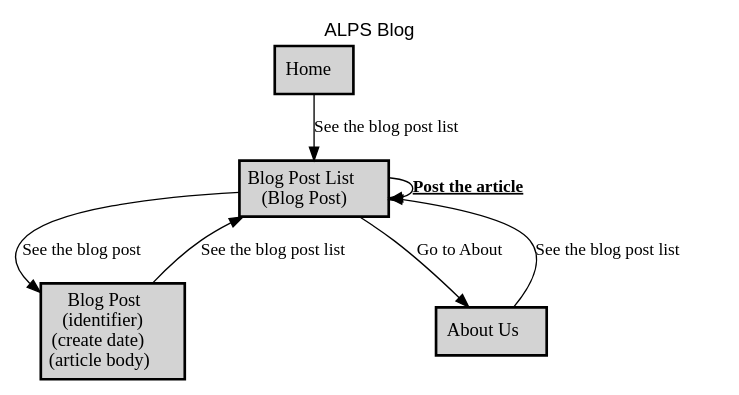
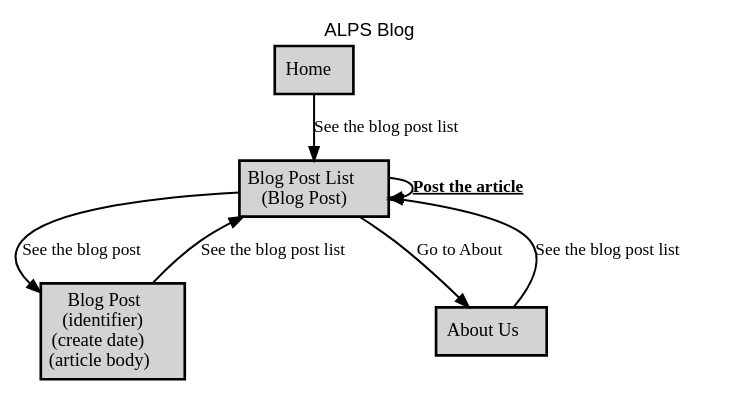
Before and after one commit to alps-asd/app-state-diagram: the diagram in docs-md/blog/profile.title.dot, drawn with Graphviz. The commit also changed 39 other files, not shown here.

```diff
--- a/docs-md/blog/profile.title.dot
+++ b/docs-md/blog/profile.title.dot
@@ -1,23 +1,23 @@
 digraph application_state_diagram {
   graph [
     labelloc="t";
     fontname="Helvetica"
     label="ALPS Blog";
     URL="index.html" target="_parent"
   ];
   node [shape = box, style = "bold,filled" fillcolor="lightgray"];
 
-    Blog [margin=0.02, label=<<table cellspacing="0" cellpadding="5" border="0"><tr><td>Blog Post List<br />(Blog Post)<br /></td></tr></table>>,shape=box URL="docs/semantic.Blog.html" target="_parent"]
-    BlogPosting [margin=0.02, label=<<table cellspacing="0" cellpadding="5" border="0"><tr><td>Blog Post<br />(identifier)<br />(create date)<br />(article body)<br /></td></tr></table>>,shape=box URL="docs/semantic.BlogPosting.html" target="_parent"]
+    Blog [margin=0.02, label=<<table cellspacing="0" cellpadding="5" border="0"><tr><td>Blog Post List<br />(Blog Post)<br /></td></tr></table>>,shape=box URL="#Blog" target="_parent"]
+    BlogPosting [margin=0.02, label=<<table cellspacing="0" cellpadding="5" border="0"><tr><td>Blog Post<br />(identifier)<br />(create date)<br />(article body)<br /></td></tr></table>>,shape=box URL="#BlogPosting" target="_parent"]
 
-    About -> Blog [label = <See the blog post list> URL="docs/safe.goBlog.html" target="_parent" fontsize=13];
-    Blog -> About [label = <Go to About> URL="docs/safe.goAbout.html" target="_parent" fontsize=13];
-    Blog -> Blog [label = <<b><u>Post the article</u></b>> URL="docs/unsafe.doPost.html" target="_parent" fontsize=13];
-    Blog -> BlogPosting [label = <See the blog post> URL="docs/safe.goBlogPosting.html" target="_parent" fontsize=13];
-    BlogPosting -> Blog [label = <See the blog post list> URL="docs/safe.goBlog.html" target="_parent" fontsize=13];
-    Index -> Blog [label = <See the blog post list> URL="docs/safe.goBlog.html" target="_parent" fontsize=13];
+    About -> Blog [label = <See the blog post list> URL="#goBlog" target="_parent" fontsize=13 class="goBlog" penwidth=1.5];
+    Blog -> About [label = <Go to About> URL="#goAbout" target="_parent" fontsize=13 class="goAbout" penwidth=1.5];
+    Blog -> Blog [label = <<b><u>Post the article</u></b>> URL="#doPost" target="_parent" fontsize=13 class="doPost" penwidth=1.5];
+    Blog -> BlogPosting [label = <See the blog post> URL="#goBlogPosting" target="_parent" fontsize=13 class="goBlogPosting" penwidth=1.5];
+    BlogPosting -> Blog [label = <See the blog post list> URL="#goBlog" target="_parent" fontsize=13 class="goBlog" penwidth=1.5];
+    Index -> Blog [label = <See the blog post list> URL="#goBlog" target="_parent" fontsize=13 class="goBlog" penwidth=1.5];
 
-    About [label = <About Us> URL="docs/semantic.About.html" target="_parent"]
-    Index [label = <Home> URL="docs/semantic.Index.html" target="_parent"]
+    About [label = <About Us> URL="#About" target="_parent"]
+    Index [label = <Home> URL="#Index" target="_parent"]
 
 }
```
